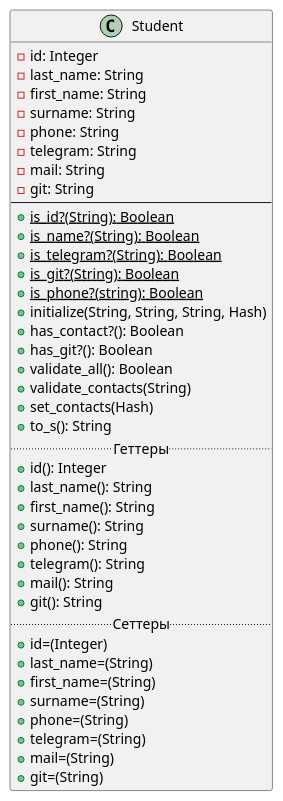
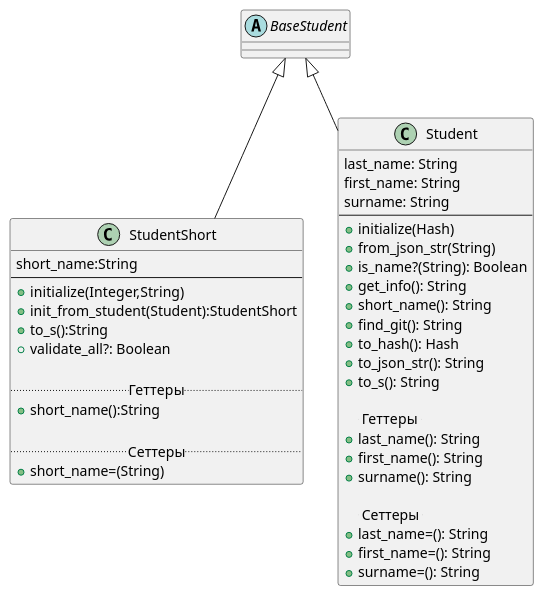
Before and after one commit to OlegVasil/RubyLabs: the diagram in laba_2/Diagrams/diagram_1.puml, drawn with PlantUML.

```diff
--- a/laba_2/Diagrams/diagram_1.puml
+++ b/laba_2/Diagrams/diagram_1.puml
@@ -1,45 +1,46 @@
-@startuml
+abstract class BaseStudent
+{
 
- class Student {
-     -id: Integer
-     -last_name: String
-     -first_name: String
-     -surname: String
-     -phone: String
-     -telegram: String
-     -mail: String
-     -git: String
+}
+
+class StudentShort extends BaseStudent
+{
+short_name:String
 --
-     +{static}is_id?(String): Boolean
-     +{static}is_name?(String): Boolean
-     +{static}is_telegram?(String): Boolean
-     +{static}is_git?(String): Boolean
-     +{static}is_phone?(string): Boolean
-     +initialize(String, String, String, Hash)
-     +has_contact?(): Boolean
-     +has_git?(): Boolean
-     +validate_all(): Boolean
-     +validate_contacts(String)
-     +set_contacts(Hash)
-     +to_s(): String
-     .. Геттеры ..
-     +id(): Integer
-     +last_name(): String
-     +first_name(): String
-     +surname(): String
-     +phone(): String
-     +telegram(): String
-     +mail(): String
-     +git(): String
-     .. Сеттеры ..
-     +id=(Integer)
-     +last_name=(String)
-     +first_name=(String)
-     +surname=(String)
-     +phone=(String)
-     +telegram=(String)
-     +mail=(String)
-     +git=(String)
-    }
++initialize(Integer,String)
++init_from_student(Student):StudentShort
++to_s():String
++validate_all?: Boolean
 
- @enduml
+.. Геттеры ..
++short_name():String
+
+.. Сеттеры ..
++short_name=(String)
+}
+
+class Student extends BaseStudent {
+last_name: String
+first_name: String
+surname: String
+--
++initialize(Hash)
++from_json_str(String)
++is_name?(String): Boolean
++get_info(): String
++short_name(): String
++find_git(): String
++to_hash(): Hash
++to_json_str(): String
++to_s(): String
+
+    .. Геттеры ..
++last_name(): String
++first_name(): String
++surname(): String
+
+    .. Сеттеры ..
++last_name=(): String
++first_name=(): String
++surname=(): String
+}
```
